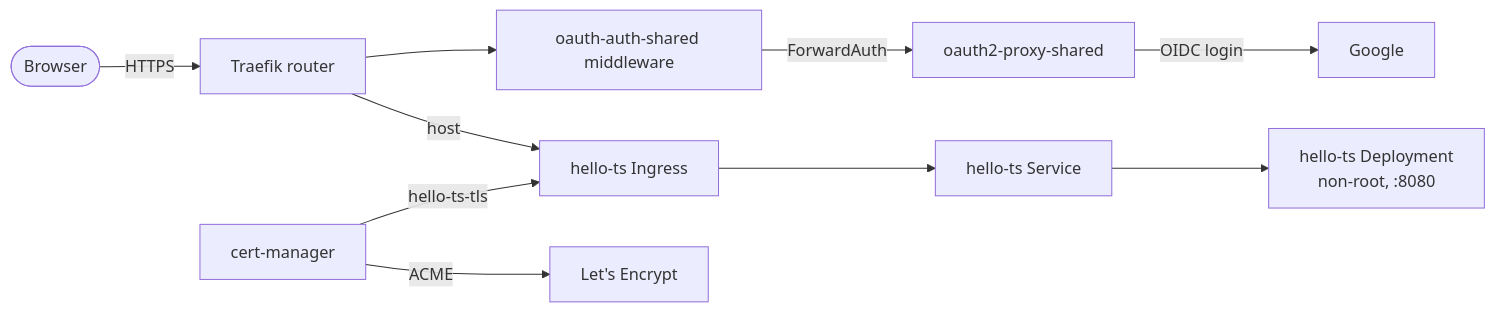
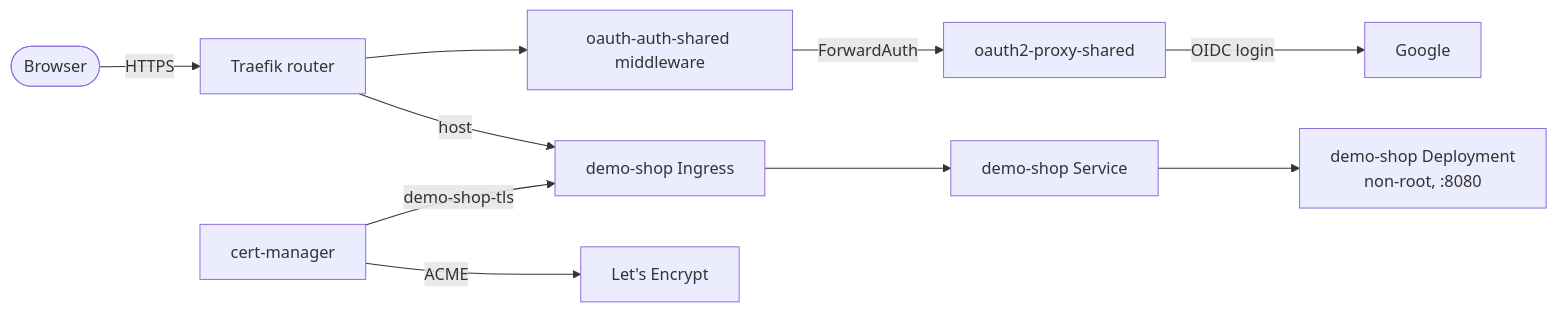
The sixth of 6 diagrams in docs/architecture.md (samclement/swhurl-platform), drawn with Mermaid before and after one commit. The commit also changed other lines of this file and 8 other files, not shown here.

````diff
--- a/docs/architecture.md
+++ b/docs/architecture.md
@@ -248,10 +248,10 @@
 ```mermaid
 flowchart LR
   browser([Browser]) -- HTTPS --> router[Traefik router]
   router --> mw[oauth-auth-shared middleware]
   mw -- ForwardAuth --> proxy[oauth2-proxy-shared]
   proxy -- OIDC login --> google[Google]
-  router -- host --> ingress[hello-ts Ingress] --> svc[hello-ts Service] --> pod[hello-ts Deployment<br/>non-root, :8080]
+  router -- host --> ingress[demo-shop Ingress] --> svc[demo-shop Service] --> pod[demo-shop Deployment<br/>non-root, :8080]
   cm[cert-manager] -- ACME --> le["Let's Encrypt"]
-  cm -- hello-ts-tls --> ingress
+  cm -- demo-shop-tls --> ingress
 ```
````
